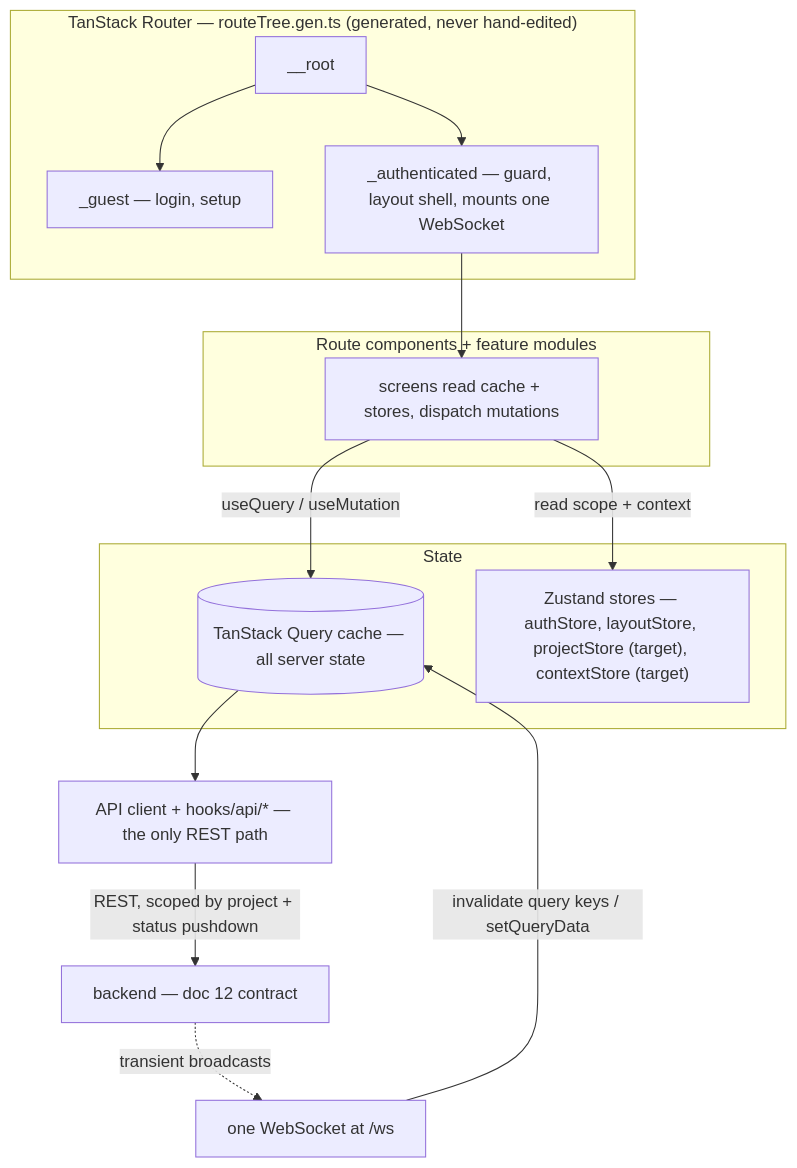
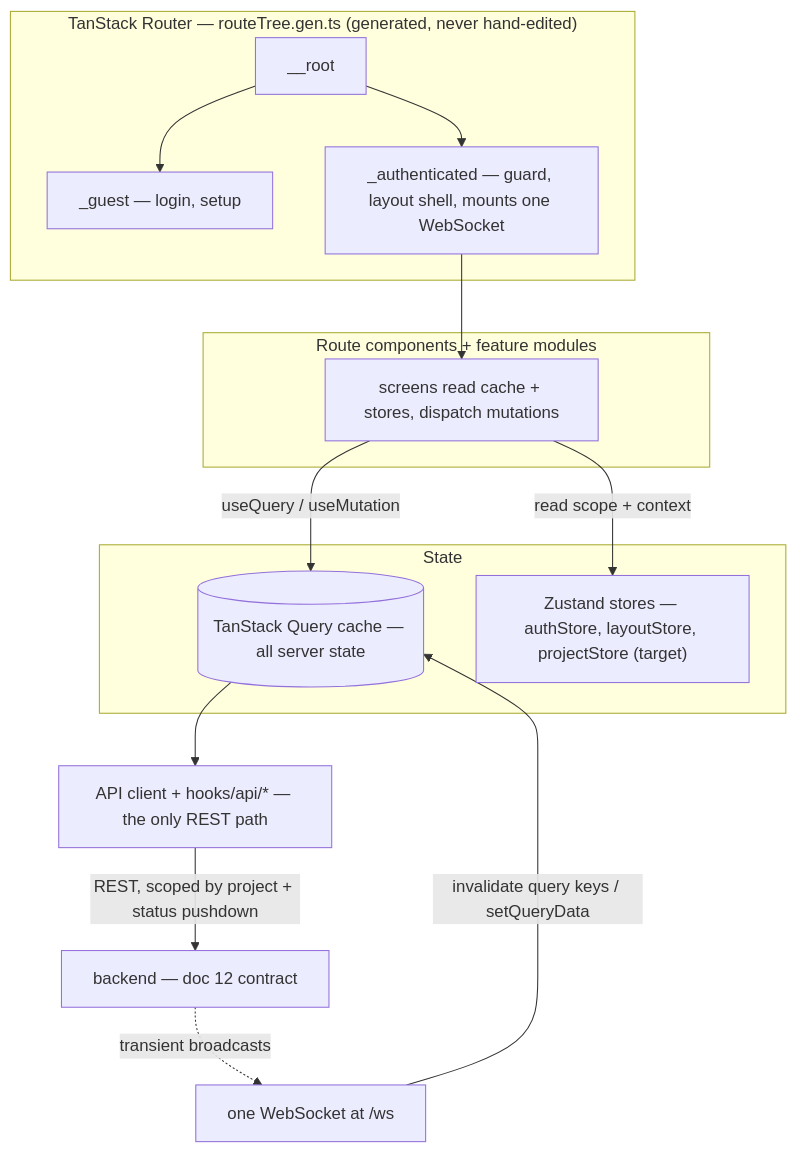
One commit to darkraise/darkmem changed the first of 13 diagrams in docs/design/13-frontend-architecture-and-ia.md. Above: the diagram before and after it, drawn with Mermaid. The commit also changed other lines of this file and 8 other files, not shown here.

````diff
--- a/docs/design/13-frontend-architecture-and-ia.md
+++ b/docs/design/13-frontend-architecture-and-ia.md
@@ -29,28 +29,28 @@
 ```mermaid
 flowchart TD
     subgraph ROUTER["TanStack Router — routeTree.gen.ts (generated, never hand-edited)"]
         ROOT["__root"]
         GUEST["_guest — login, setup"]
         AUTH["_authenticated — guard, layout shell, mounts one WebSocket"]
     end
     subgraph VIEWS["Route components + feature modules"]
         SCREEN["screens read cache + stores, dispatch mutations"]
     end
     subgraph STATE["State"]
         QC[("TanStack Query cache — all server state")]
-        ZS["Zustand stores — authStore, layoutStore, projectStore (target), contextStore (target)"]
+        ZS["Zustand stores — authStore, layoutStore, projectStore (target)"]
     end
     API["API client + hooks/api/* — the only REST path"]
     WS["one WebSocket at /ws"]
     BE["backend — doc 12 contract"]
 
     ROOT --> GUEST
     ROOT --> AUTH
     AUTH --> SCREEN
     SCREEN -->|"useQuery / useMutation"| QC
     SCREEN -->|"read scope + context"| ZS
     QC --> API
     API -->|"REST, scoped by project + status pushdown"| BE
     WS -->|"invalidate query keys / setQueryData"| QC
     BE -.->|"transient broadcasts"| WS
 ```
````
